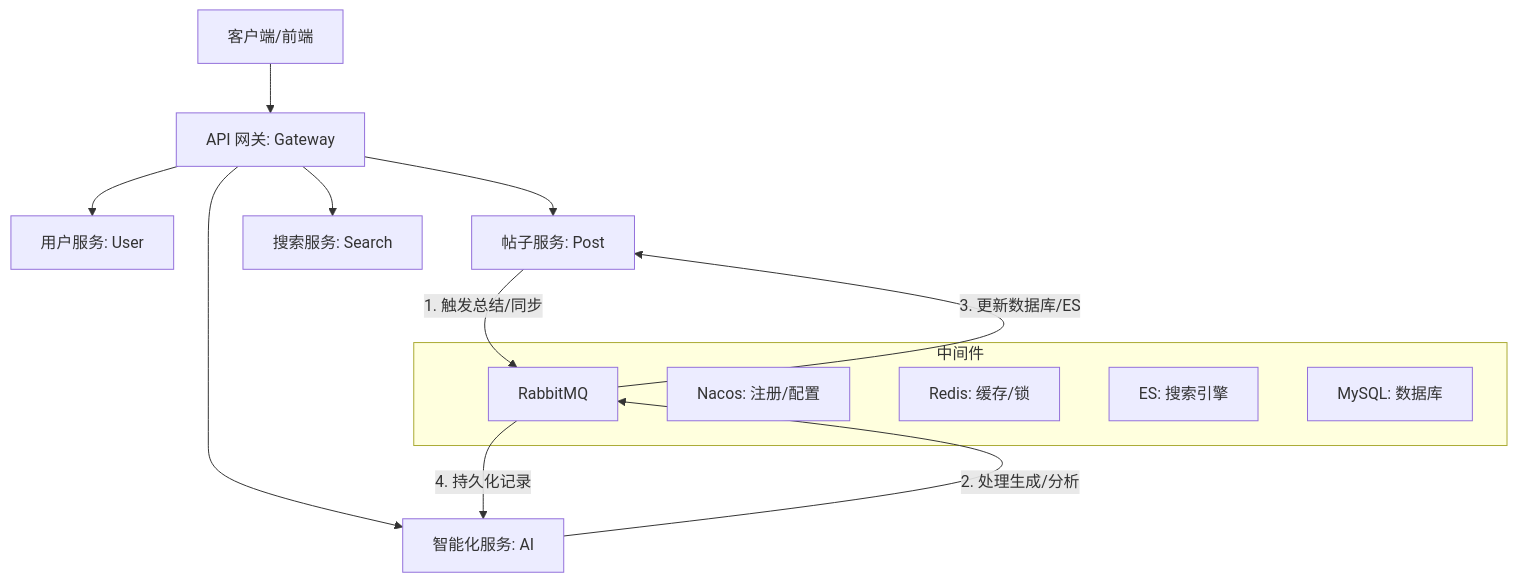
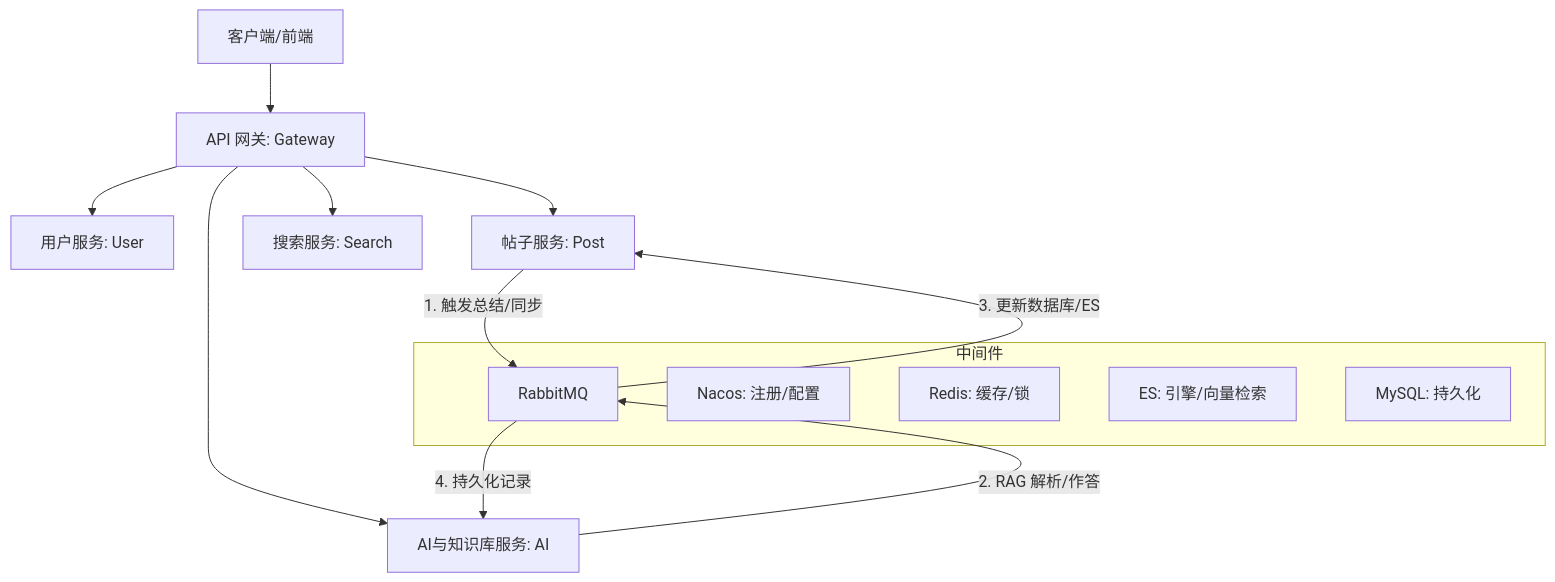
One commit to StephenQiu30/algoflow changed the diagram in README.md. Above: the diagram before and after it, drawn with Mermaid. The commit also changed other lines of this file, not shown here.

````diff
--- a/README.md
+++ b/README.md
@@ -17,21 +55,21 @@
 ```mermaid
 graph TD
     Client[客户端/前端] --> Gateway[API 网关: Gateway]
     Gateway --> User[用户服务: User]
     Gateway --> Post[帖子服务: Post]
     Gateway --> Search[搜索服务: Search]
-    Gateway --> AI[智能化服务: AI]
+    Gateway --> AI[AI与知识库服务: AI]
     
     Post -- "1. 触发总结/同步" --> MQ[RabbitMQ]
-    AI -- "2. 处理生成/分析" --> MQ
+    AI -- "2. RAG 解析/作答" --> MQ
     MQ -- "3. 更新数据库/ES" --> Post
     MQ -- "4. 持久化记录" --> AI
     
     subgraph 中间件
         Nacos[Nacos: 注册/配置]
         Redis[Redis: 缓存/锁]
         MQ
-        ES[ES: 搜索引擎]
-        MySQL[MySQL: 数据库]
+        ES[ES: 引擎/向量检索]
+        MySQL[MySQL: 持久化]
     end
 ```
````
